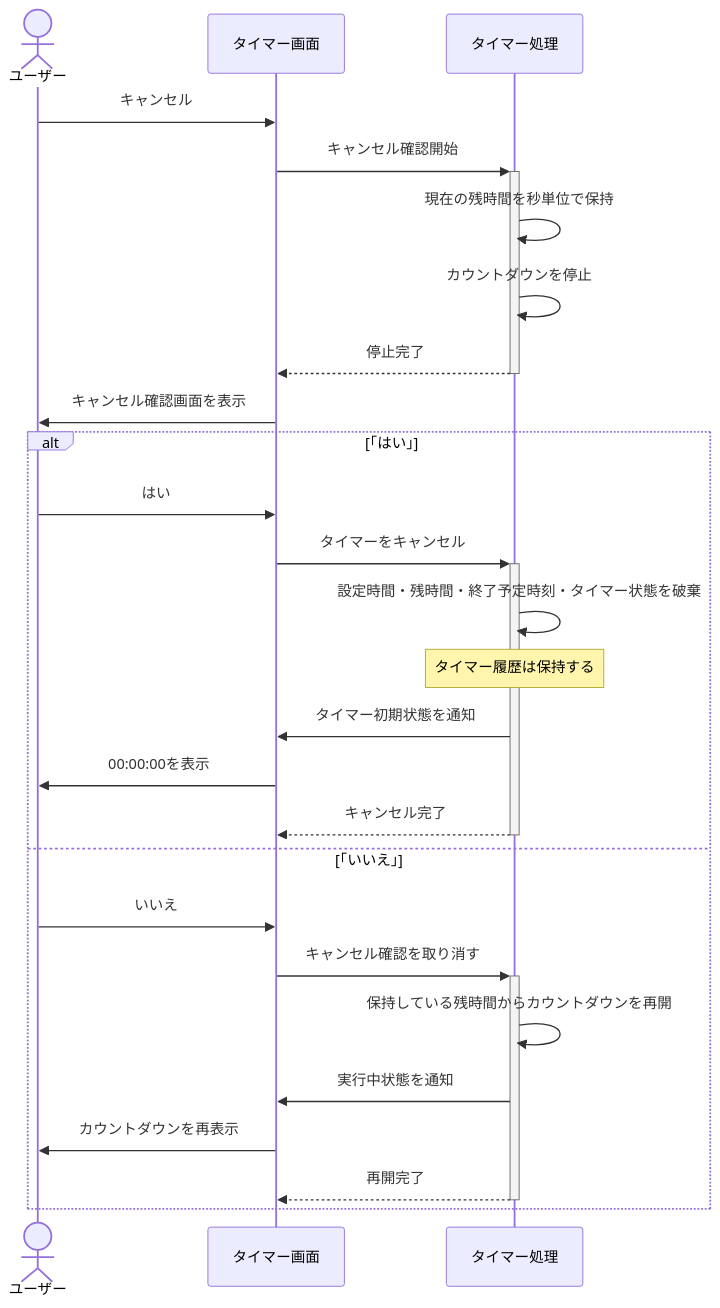
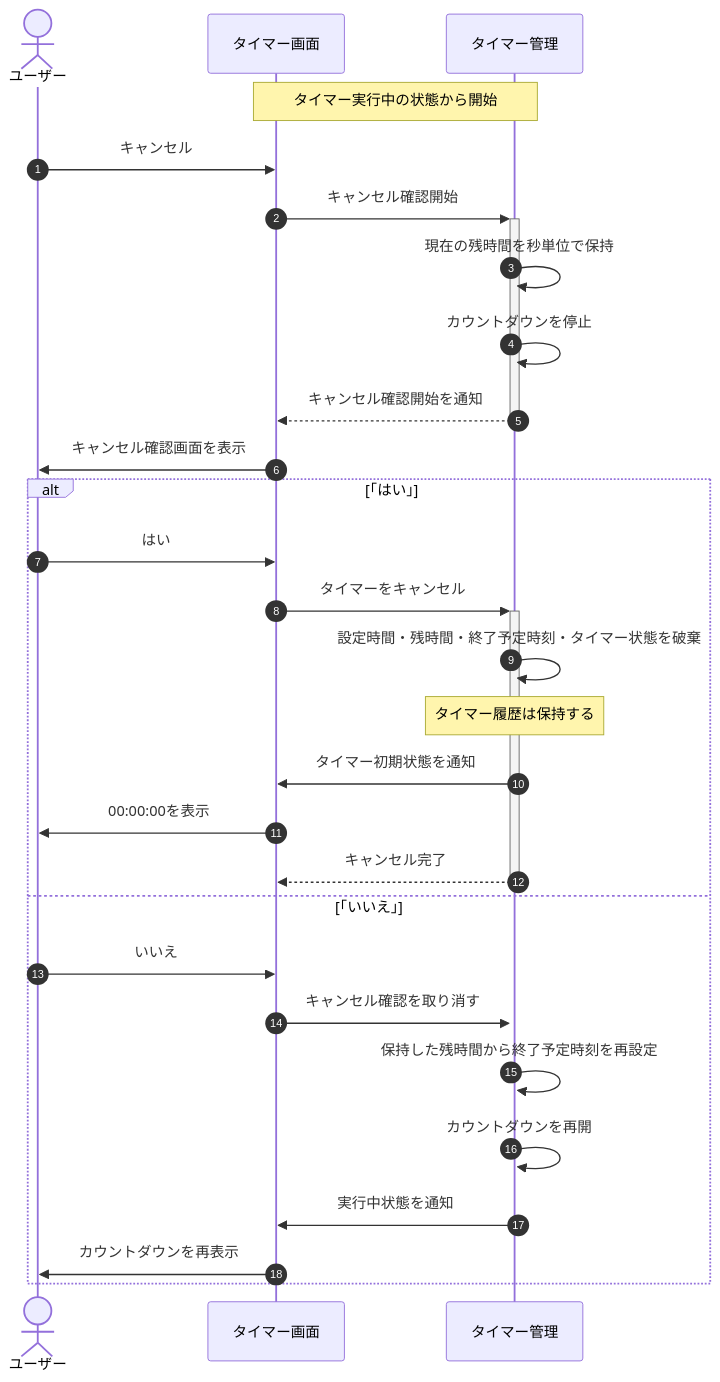
Before and after one commit to shun62201234-crypto/timerApplication: the third of 5 diagrams in document/設計/シーケンス図/タイマーシーケンス図.md, drawn with Mermaid. The commit also changed other lines of this file and 2 other files, not shown here.

First line of the commit message:
シーケンス図を修正（共通・アラーム・タイマー）

````diff
--- a/document/設計/シーケンス図/タイマーシーケンス図.md
+++ b/document/設計/シーケンス図/タイマーシーケンス図.md
@@ -96,31 +104,34 @@
 ```mermaid
 sequenceDiagram
-    actor ユーザー
+    autonumber
+    actor User as ユーザー
     participant UI as タイマー画面
-    participant Timer as タイマー処理
+    participant Timer as タイマー管理
 
-    ユーザー->>UI: キャンセル
+    Note over UI,Timer: タイマー実行中の状態から開始
+
+    User->>UI: キャンセル
     UI->>+Timer: キャンセル確認開始
     Timer->>Timer: 現在の残時間を秒単位で保持
     Timer->>Timer: カウントダウンを停止
-    Timer-->>-UI: 停止完了
-    UI->>ユーザー: キャンセル確認画面を表示
+    Timer-->>-UI: キャンセル確認開始を通知
+    UI->>User: キャンセル確認画面を表示
 
     alt 「はい」
-        ユーザー->>UI: はい
+        User->>UI: はい
         UI->>+Timer: タイマーをキャンセル
         Timer->>Timer: 設定時間・残時間・終了予定時刻・タイマー状態を破棄
         Note over Timer: タイマー履歴は保持する
         Timer->>UI: タイマー初期状態を通知
-        UI->>ユーザー: 00:00:00を表示
+        UI->>User: 00:00:00を表示
         Timer-->>-UI: キャンセル完了
 
     else 「いいえ」
-        ユーザー->>UI: いいえ
+        User->>UI: いいえ
         UI->>+Timer: キャンセル確認を取り消す
-        Timer->>Timer: 保持している残時間からカウントダウンを再開
+        Timer->>Timer: 保持した残時間から終了予定時刻を再設定
+        Timer->>Timer: カウントダウンを再開
         Timer->>UI: 実行中状態を通知
-        UI->>ユーザー: カウントダウンを再表示
-        Timer-->>-UI: 再開完了
+        UI->>User: カウントダウンを再表示
     end
 ```
````
